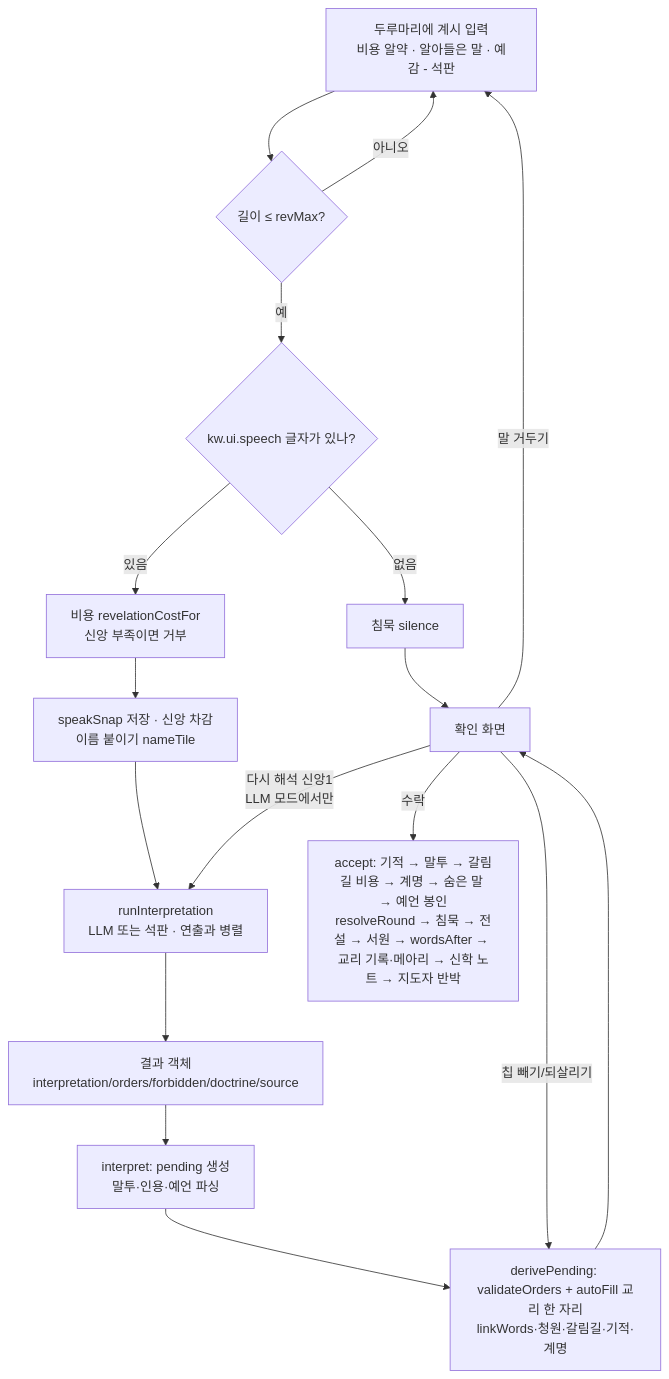
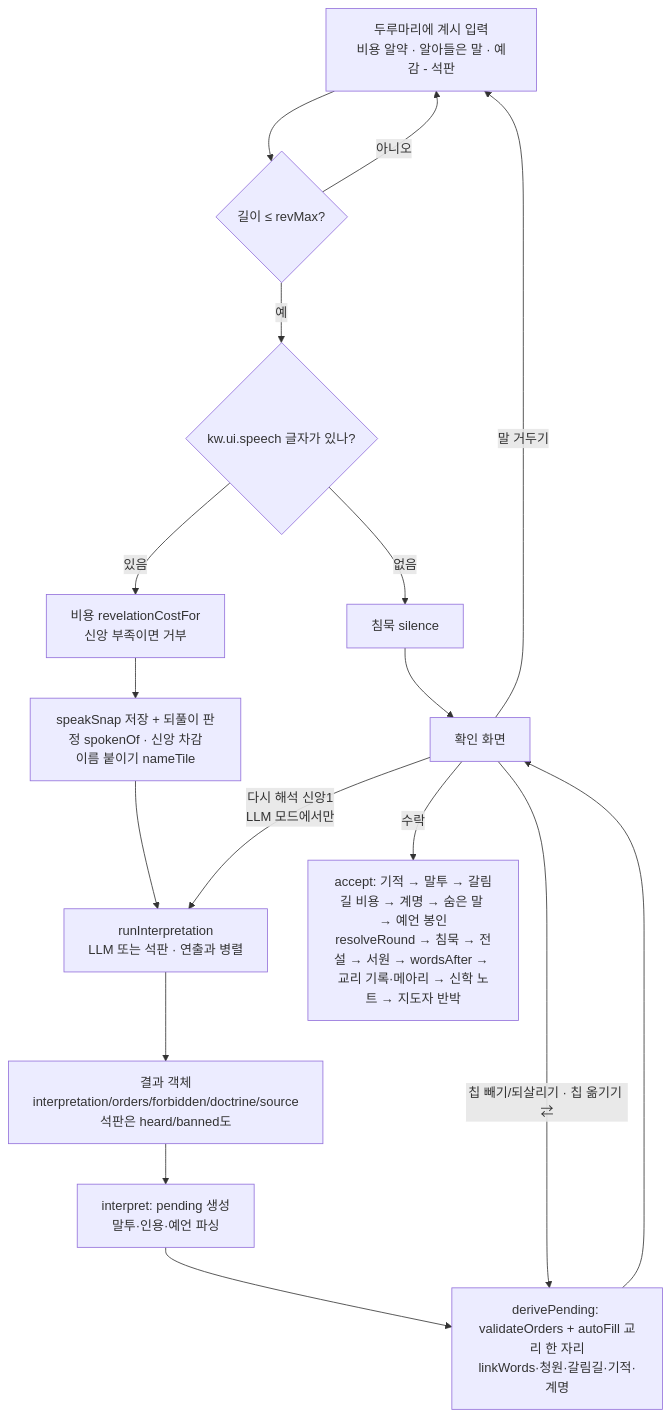
One commit to wisebear-KOR/GSG_Project changed the diagram in docs/spec/05-interpreter.md. Above: the diagram before and after it, drawn with Mermaid. The commit also changed other lines of this file and 12 other files, not shown here.

````diff
--- a/docs/spec/05-interpreter.md
+++ b/docs/spec/05-interpreter.md
@@ -28,19 +28,19 @@
 ```mermaid
 flowchart TD
   A[두루마리에 계시 입력<br/>비용 알약 · 알아들은 말 · 예감 - 석판] --> B{길이 ≤ revMax?}
   B -- 아니오 --> A
   B -- 예 --> C{kw.ui.speech 글자가 있나?}
   C -- 없음 --> S[침묵 silence]
   C -- 있음 --> D[비용 revelationCostFor<br/>신앙 부족이면 거부]
-  D --> E[speakSnap 저장 · 신앙 차감<br/>이름 붙이기 nameTile]
+  D --> E[speakSnap 저장 + 되풀이 판정 spokenOf · 신앙 차감<br/>이름 붙이기 nameTile]
   E --> F[runInterpretation<br/>LLM 또는 석판 · 연출과 병렬]
-  F --> G[결과 객체<br/>interpretation/orders/forbidden/doctrine/source]
+  F --> G[결과 객체<br/>interpretation/orders/forbidden/doctrine/source<br/>석판은 heard/banned도]
   G --> H[interpret: pending 생성<br/>말투·인용·예언 파싱]
   H --> I[derivePending: validateOrders + autoFill 교리 한 자리<br/>linkWords·청원·갈림길·기적·계명]
   I --> J[확인 화면]
-  J -- 칩 빼기/되살리기 --> I
+  J -- 칩 빼기/되살리기 · 칩 옮기기 ⇄ --> I
   J -- 다시 해석 신앙1<br/>LLM 모드에서만 --> F
   J -- 말 거두기 --> A
   J -- 수락 --> K[accept: 기적 → 말투 → 갈림길 비용 → 계명 → 숨은 말 → 예언 봉인<br/>resolveRound → 침묵 → 전설 → 서원 → wordsAfter → 교리 기록·메아리 → 신학 노트 → 지도자 반박]
   S --> J
 ```
````
